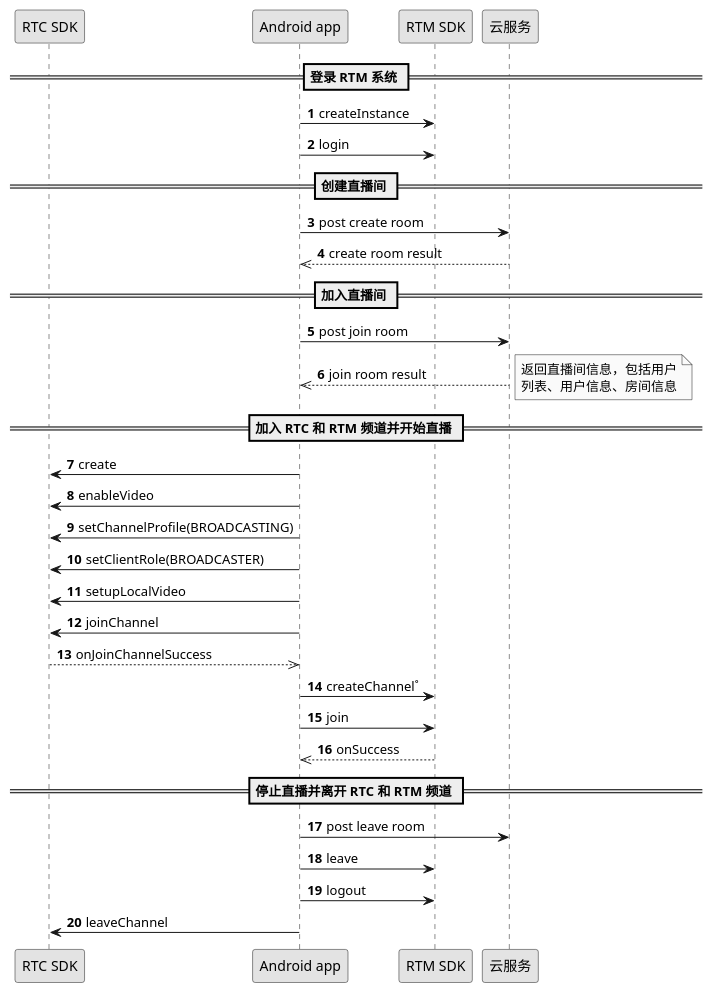
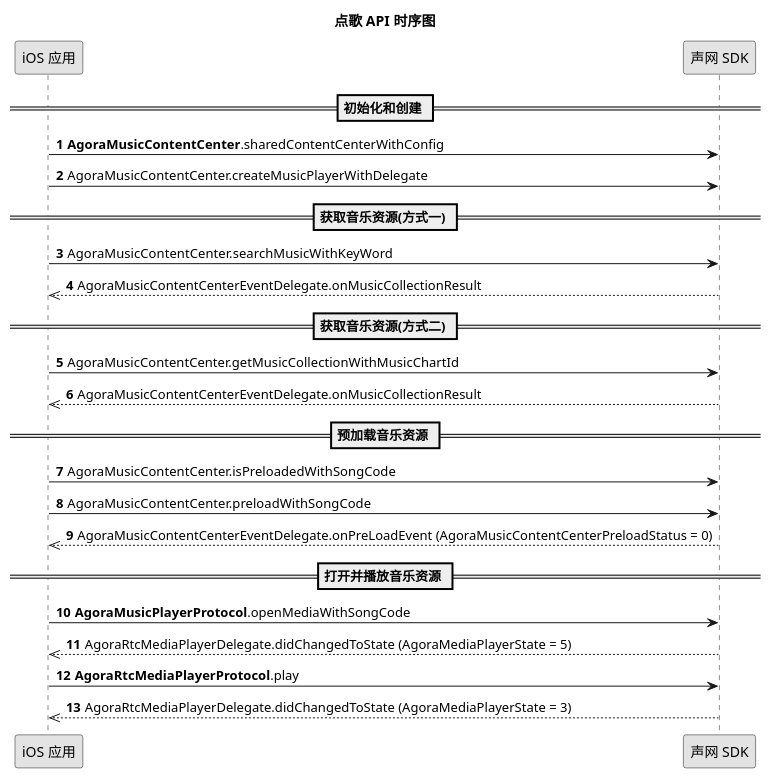
Before and after one commit to AgoraIO/agora_doc_source: the diagram in markdown/online-ktv/改进/iOS/点歌.wsd, drawn with PlantUML. The commit also changed 1 other file, not shown here.

```diff
--- a/markdown/online-ktv/改进/iOS/点歌.wsd
+++ b/markdown/online-ktv/改进/iOS/点歌.wsd
@@ -1,37 +1,25 @@
 @startuml
+title 点歌 API 时序图
 autonumber
 skinparam monochrome true
-participant "RTC SDK" as rtc
-participant "Android app" as app
-participant "RTM SDK" as rtm
-participant "云服务" as cloud
-== 登录 RTM 系统 ==
-app -> rtm: createInstance
-app -> rtm: login
-== 创建直播间 ==
-app -> cloud: post create room
-cloud -->> app: create room result
-== 加入直播间 ==
-app -> cloud: post join room
-cloud -->> app: join room result
-note right
-返回直播间信息，包括用户
-列表、用户信息、房间信息
-end note
-== 加入 RTC 和 RTM 频道并开始直播 ==
-app -> rtc: create
-app -> rtc: enableVideo
-app -> rtc: setChannelProfile(BROADCASTING)
-app -> rtc: setClientRole(BROADCASTER)
-app -> rtc: setupLocalVideo
-app -> rtc: joinChannel
-rtc -->> app: onJoinChannelSuccess
-app -> rtm: createChannel˚
-app -> rtm: join
-rtm -->> app: onSuccess
-== 停止直播并离开 RTC 和 RTM 频道 ==
-app -> cloud: post leave room
-app -> rtm: leave
-app -> rtm: logout
-app -> rtc: leaveChannel
+participant "iOS 应用" as a
+participant "声网 SDK" as b
+== 初始化和创建 ==
+a -> b: **AgoraMusicContentCenter**.sharedContentCenterWithConfig
+a -> b: AgoraMusicContentCenter.createMusicPlayerWithDelegate
+== 获取音乐资源(方式一) ==
+a -> b: AgoraMusicContentCenter.searchMusicWithKeyWord
+b -->> a: AgoraMusicContentCenterEventDelegate.onMusicCollectionResult
+== 获取音乐资源(方式二) ==
+a -> b: AgoraMusicContentCenter.getMusicCollectionWithMusicChartId
+b -->> a: AgoraMusicContentCenterEventDelegate.onMusicCollectionResult
+== 预加载音乐资源 ==
+a -> b: AgoraMusicContentCenter.isPreloadedWithSongCode
+a -> b: AgoraMusicContentCenter.preloadWithSongCode
+b -->> a: AgoraMusicContentCenterEventDelegate.onPreLoadEvent (AgoraMusicContentCenterPreloadStatus = 0)
+== 打开并播放音乐资源 ==
+a -> b: **AgoraMusicPlayerProtocol**.openMediaWithSongCode
+b -->> a: AgoraRtcMediaPlayerDelegate.didChangedToState (AgoraMediaPlayerState = 5)
+a ->b: **AgoraRtcMediaPlayerProtocol**.play
+b -->> a: AgoraRtcMediaPlayerDelegate.didChangedToState (AgoraMediaPlayerState = 3)
 @enduml
```
